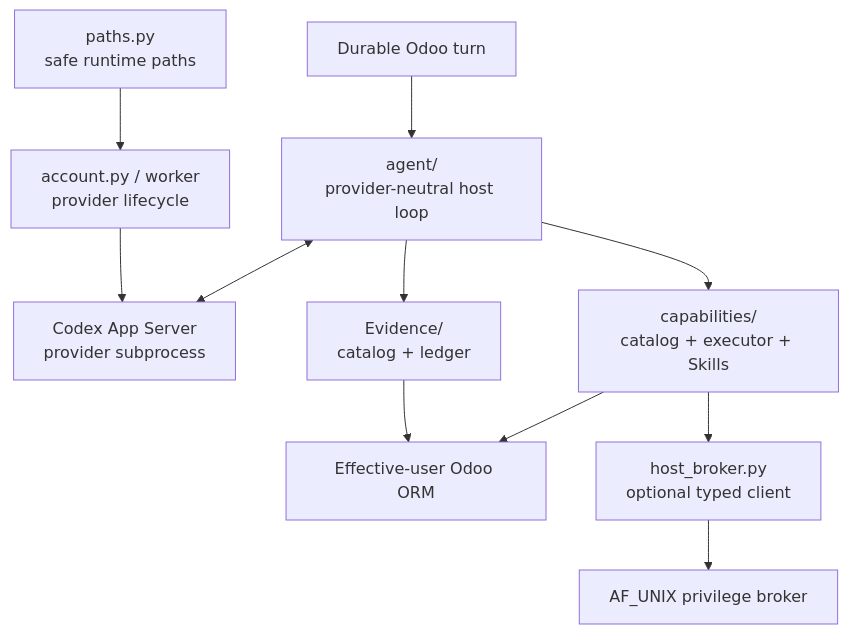
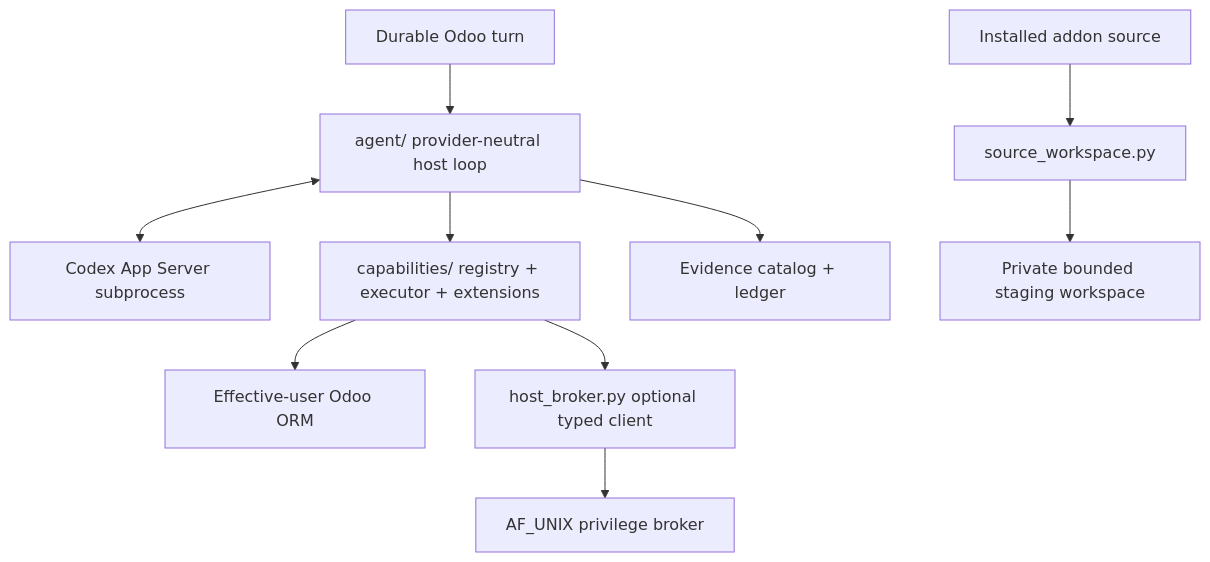
Before and after one commit to CPX-001/ai-odoo-assistant: the diagram in addons/odoo_ai_assistant/runtime/README.md, drawn with Mermaid. The commit also changed other lines of this file, not shown here.

Commit message:
docs(p12): describe runtime source workspace boundary

````diff
--- a/addons/odoo_ai_assistant/runtime/README.md
+++ b/addons/odoo_ai_assistant/runtime/README.md
@@ -5,13 +6,12 @@
 ```mermaid
 flowchart TB
-    TURN[Durable Odoo turn] --> AG[agent/<br/>provider-neutral host loop]
-    AG <--> CX[Codex App Server<br/>provider subprocess]
-    AG --> CAT[capabilities/<br/>catalog + executor + Skills]
-    AG --> EVD[Evidence/<br/>catalog + ledger]
+    TURN[Durable Odoo turn] --> AG[agent/ provider-neutral host loop]
+    AG <--> CX[Codex App Server subprocess]
+    AG --> CAT[capabilities/ registry + executor + extensions]
+    AG --> EVD[Evidence catalog + ledger]
     CAT --> ORM[Effective-user Odoo ORM]
-    EVD --> ORM
-    CAT --> HB[host_broker.py<br/>optional typed client]
+    CAT --> HB[host_broker.py optional typed client]
     HB --> PB[AF_UNIX privilege broker]
-    ACCT[account.py / worker<br/>provider lifecycle] --> CX
-    PATH[paths.py<br/>safe runtime paths] --> ACCT
+    SRC[Installed addon source] --> SW[source_workspace.py]
+    SW --> WSR[Private bounded staging workspace]
 ```
````
